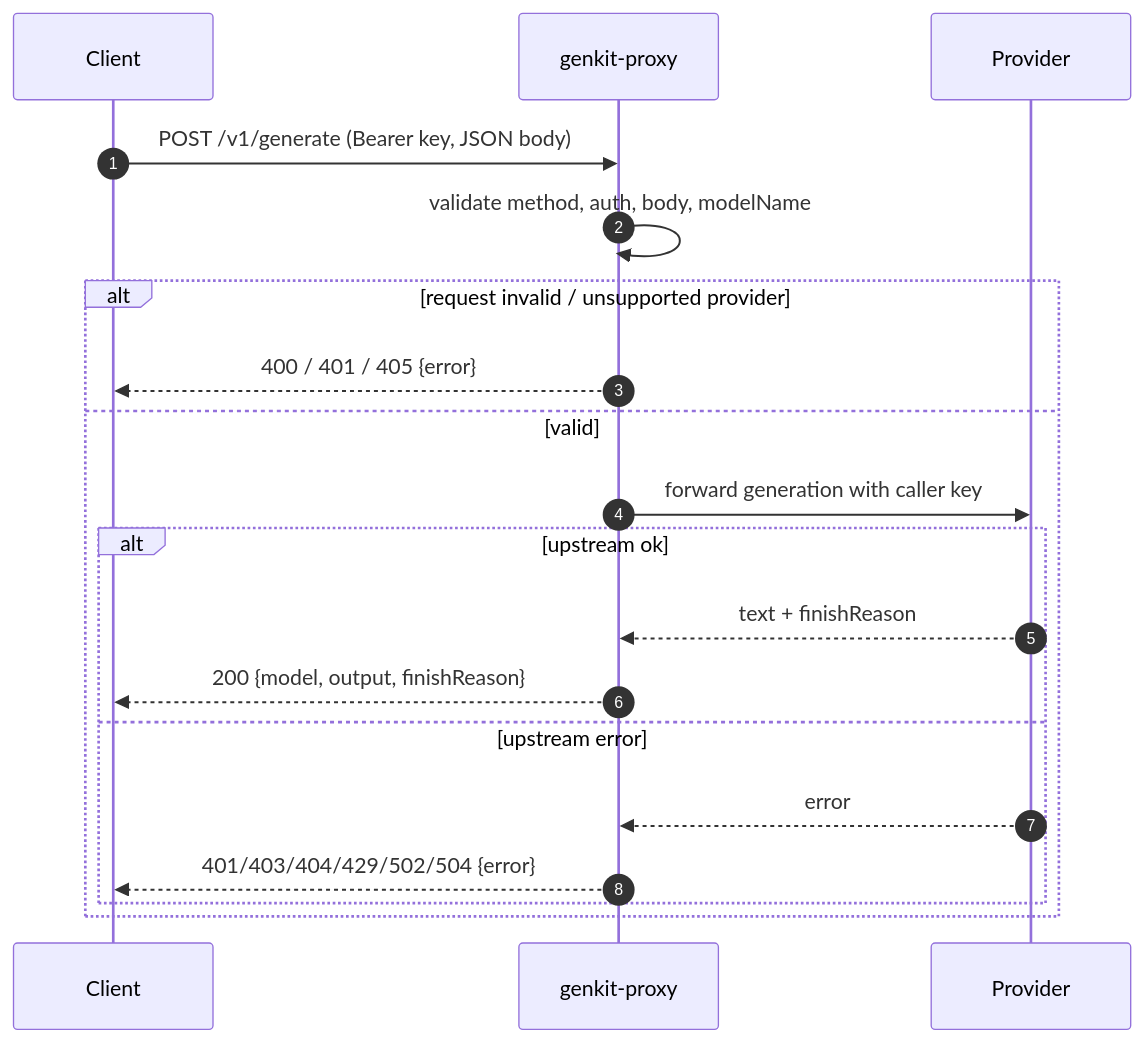
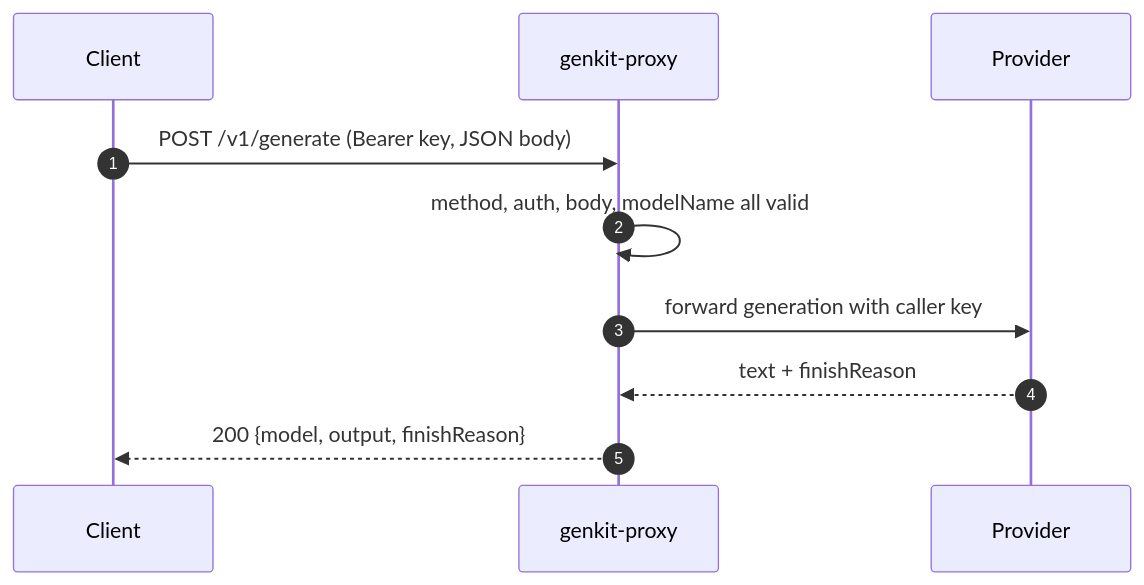
Before and after one commit to nicolapasqua99/genkit-proxy: the first of 7 diagrams in docs/api.md, drawn with Mermaid. The commit also changed other lines of this file, not shown here.

First line of the commit message:
docs: split /v1/generate sequence into per-situation diagrams

````diff
--- a/docs/api.md
+++ b/docs/api.md
@@ -94,22 +98,13 @@
 ```mermaid
 sequenceDiagram
     autonumber
     participant C as Client
     participant X as genkit-proxy
     participant P as Provider
 
     C->>X: POST /v1/generate (Bearer key, JSON body)
-    X->>X: validate method, auth, body, modelName
-    alt request invalid / unsupported provider
-        X-->>C: 400 / 401 / 405 {error}
-    else valid
-        X->>P: forward generation with caller key
-        alt upstream ok
-            P-->>X: text + finishReason
-            X-->>C: 200 {model, output, finishReason}
-        else upstream error
-            P-->>X: error
-            X-->>C: 401/403/404/429/502/504 {error}
-        end
-    end
+    X->>X: method, auth, body, modelName all valid
+    X->>P: forward generation with caller key
+    P-->>X: text + finishReason
+    X-->>C: 200 {model, output, finishReason}
 ```
````
